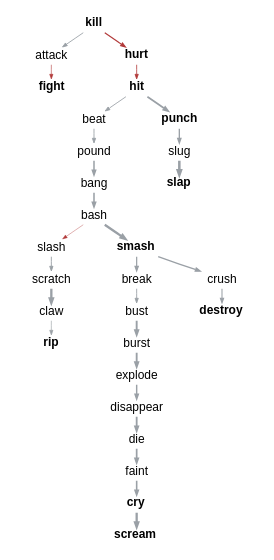
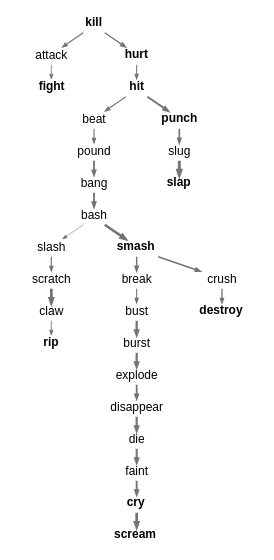
Before and after one commit to quadrismegistus/malignment: the diagram in experiments/displacement/chain_of_connections/figures/bottleneck_kill_faller_llama_resid_mean_nocontrols_clean.dot, drawn with Graphviz. The commit also changed 4 other files, not shown here.

```diff
--- a/experiments/displacement/chain_of_connections/figures/bottleneck_kill_faller_llama_resid_mean_nocontrols_clean.dot
+++ b/experiments/displacement/chain_of_connections/figures/bottleneck_kill_faller_llama_resid_mean_nocontrols_clean.dot
@@ -1,60 +1,60 @@
 digraph {
   rankdir=TB; bgcolor="white"; ranksep=0.15; nodesep=0.14;
   node [shape=plaintext fontname="Arial" fontsize=9 height=0.18 margin="0.02,0.01"];
-  edge [arrowsize=0.35 color="#9aa0a6"];
+  edge [arrowsize=0.35 color="#6f757a"];
   "attack" [label=<attack>];
   "bang" [label=<bang>];
   "bash" [label=<bash>];
   "beat" [label=<beat>];
   "break" [label=<break>];
   "burst" [label=<burst>];
   "bust" [label=<bust>];
   "claw" [label=<claw>];
   "crush" [label=<crush>];
   "cry" [label=<<B>cry</B>>];
   "destroy" [label=<<B>destroy</B>>];
   "die" [label=<die>];
   "disappear" [label=<disappear>];
   "explode" [label=<explode>];
   "faint" [label=<faint>];
   "fight" [label=<<B>fight</B>>];
   "hit" [label=<<B>hit</B>>];
   "hurt" [label=<<B>hurt</B>>];
   "kill" [label=<<B>kill</B>>];
   "pound" [label=<pound>];
   "punch" [label=<<B>punch</B>>];
   "rip" [label=<<B>rip</B>>];
   "scratch" [label=<scratch>];
   "scream" [label=<<B>scream</B>>];
   "slap" [label=<<B>slap</B>>];
   "slash" [label=<slash>];
   "slug" [label=<slug>];
   "smash" [label=<<B>smash</B>>];
-  "attack" -> "fight" [penwidth=0.44 color="#b23a3a"];
-  "bang" -> "bash" [penwidth=1.16 color="#9aa0a6"];
-  "bash" -> "slash" [penwidth=0.30 color="#b23a3a"];
-  "bash" -> "smash" [penwidth=1.71 color="#9aa0a6"];
-  "beat" -> "pound" [penwidth=0.65 color="#9aa0a6"];
-  "break" -> "bust" [penwidth=0.64 color="#9aa0a6"];
-  "burst" -> "explode" [penwidth=1.39 color="#9aa0a6"];
-  "bust" -> "burst" [penwidth=1.42 color="#9aa0a6"];
-  "claw" -> "rip" [penwidth=0.47 color="#9aa0a6"];
-  "crush" -> "destroy" [penwidth=0.79 color="#9aa0a6"];
-  "cry" -> "scream" [penwidth=1.71 color="#9aa0a6"];
-  "die" -> "faint" [penwidth=1.28 color="#9aa0a6"];
-  "disappear" -> "die" [penwidth=1.36 color="#9aa0a6"];
-  "explode" -> "disappear" [penwidth=1.09 color="#9aa0a6"];
-  "faint" -> "cry" [penwidth=1.19 color="#9aa0a6"];
-  "hit" -> "beat" [penwidth=0.64 color="#9aa0a6"];
-  "hit" -> "punch" [penwidth=1.28 color="#9aa0a6"];
-  "hurt" -> "hit" [penwidth=0.59 color="#b23a3a"];
-  "kill" -> "attack" [penwidth=0.65 color="#9aa0a6"];
-  "kill" -> "hurt" [penwidth=0.86 color="#b23a3a"];
-  "pound" -> "bang" [penwidth=1.13 color="#9aa0a6"];
-  "punch" -> "slug" [penwidth=0.99 color="#9aa0a6"];
-  "scratch" -> "claw" [penwidth=1.74 color="#9aa0a6"];
-  "slash" -> "scratch" [penwidth=0.68 color="#9aa0a6"];
-  "slug" -> "slap" [penwidth=1.90 color="#9aa0a6"];
-  "smash" -> "break" [penwidth=0.91 color="#9aa0a6"];
-  "smash" -> "crush" [penwidth=0.99 color="#9aa0a6"];
+  "attack" -> "fight" [penwidth=0.60];
+  "bang" -> "bash" [penwidth=1.39];
+  "bash" -> "slash" [penwidth=0.45];
+  "bash" -> "smash" [penwidth=1.99];
+  "beat" -> "pound" [penwidth=0.83];
+  "break" -> "bust" [penwidth=0.82];
+  "burst" -> "explode" [penwidth=1.64];
+  "bust" -> "burst" [penwidth=1.68];
+  "claw" -> "rip" [penwidth=0.64];
+  "crush" -> "destroy" [penwidth=0.98];
+  "cry" -> "scream" [penwidth=1.99];
+  "die" -> "faint" [penwidth=1.53];
+  "disappear" -> "die" [penwidth=1.61];
+  "explode" -> "disappear" [penwidth=1.32];
+  "faint" -> "cry" [penwidth=1.43];
+  "hit" -> "beat" [penwidth=0.82];
+  "hit" -> "punch" [penwidth=1.52];
+  "hurt" -> "hit" [penwidth=0.77];
+  "kill" -> "attack" [penwidth=0.83];
+  "kill" -> "hurt" [penwidth=1.06];
+  "pound" -> "bang" [penwidth=1.36];
+  "punch" -> "slug" [penwidth=1.21];
+  "scratch" -> "claw" [penwidth=2.03];
+  "slash" -> "scratch" [penwidth=0.87];
+  "slug" -> "slap" [penwidth=2.20];
+  "smash" -> "break" [penwidth=1.12];
+  "smash" -> "crush" [penwidth=1.21];
 }
```
